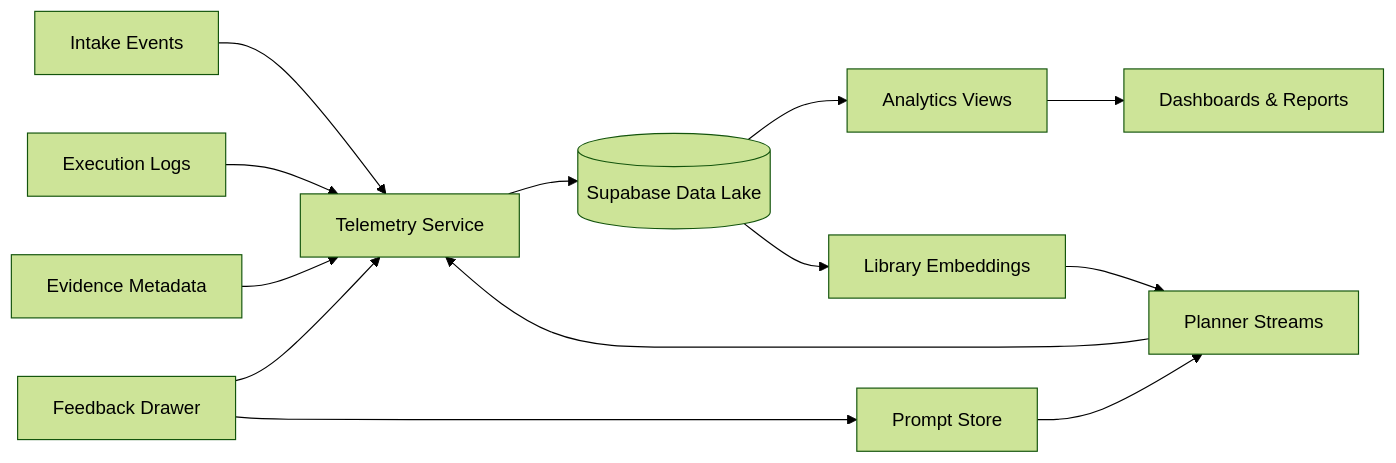
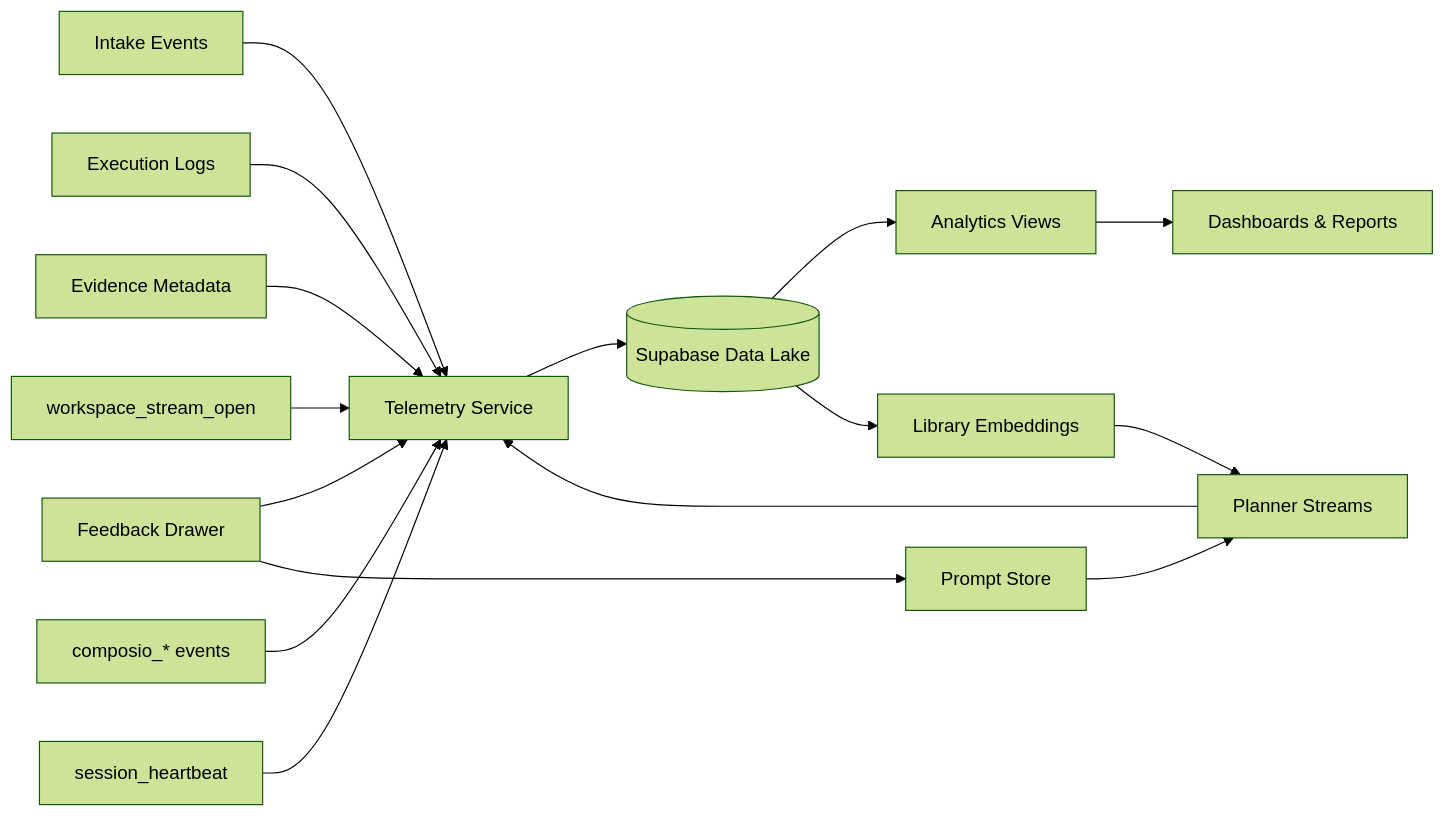
Before and after one commit to maxbaluev/ai_employee_0: the first of 3 diagrams in docs/06_data_intelligence.md, drawn with Mermaid (forest theme). The commit also changed other lines of this file and 3 other files, not shown here.

````diff
--- a/docs/06_data_intelligence.md
+++ b/docs/06_data_intelligence.md
@@ -20,27 +20,33 @@
 ```mermaid
 flowchart LR
   Intake[Intake Events]
   Planner[Planner Streams]
   Execution[Execution Logs]
   Evidence[Evidence Metadata]
   Feedback[Feedback Drawer]
+  Workspace[workspace_stream_open]
+  Composio[composio_* events]
+  SessionHB[session_heartbeat]
   Telemetry[Telemetry Service]
   Supabase[(Supabase Data Lake)]
   Views[Analytics Views]
   Dashboards[Dashboards & Reports]
   Library[Library Embeddings]
   PromptStore[Prompt Store]
 
   Intake --> Telemetry
   Planner --> Telemetry
   Execution --> Telemetry
   Evidence --> Telemetry
   Feedback --> Telemetry
+  Workspace --> Telemetry
+  Composio --> Telemetry
+  SessionHB --> Telemetry
   Telemetry --> Supabase
   Supabase --> Views
   Views --> Dashboards
   Supabase --> Library
   Library --> Planner
   Feedback --> PromptStore
   PromptStore --> Planner
 ```
````
